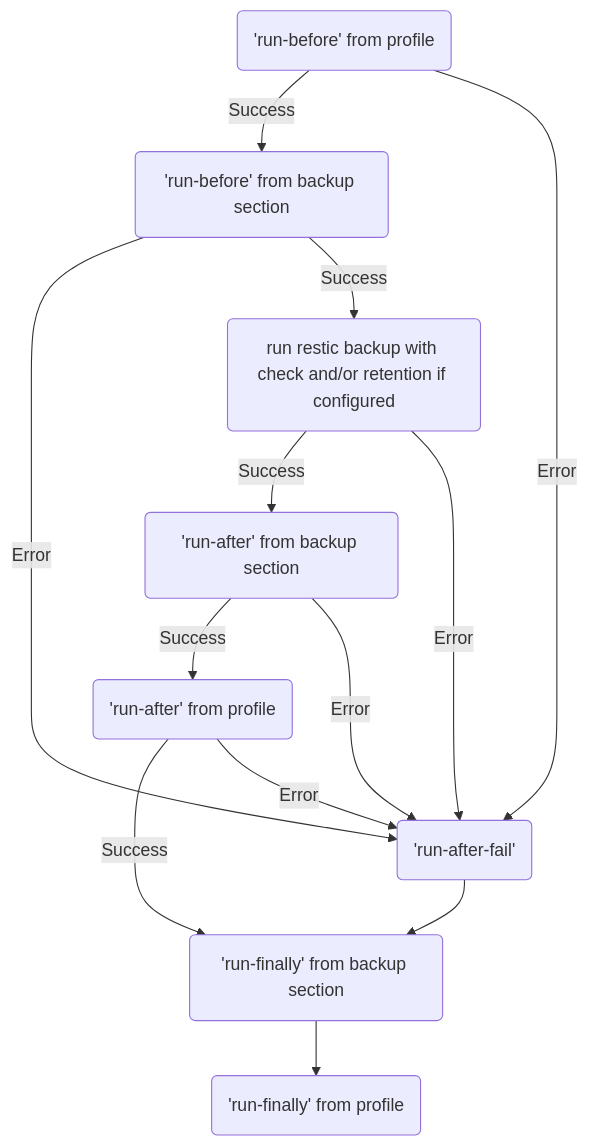
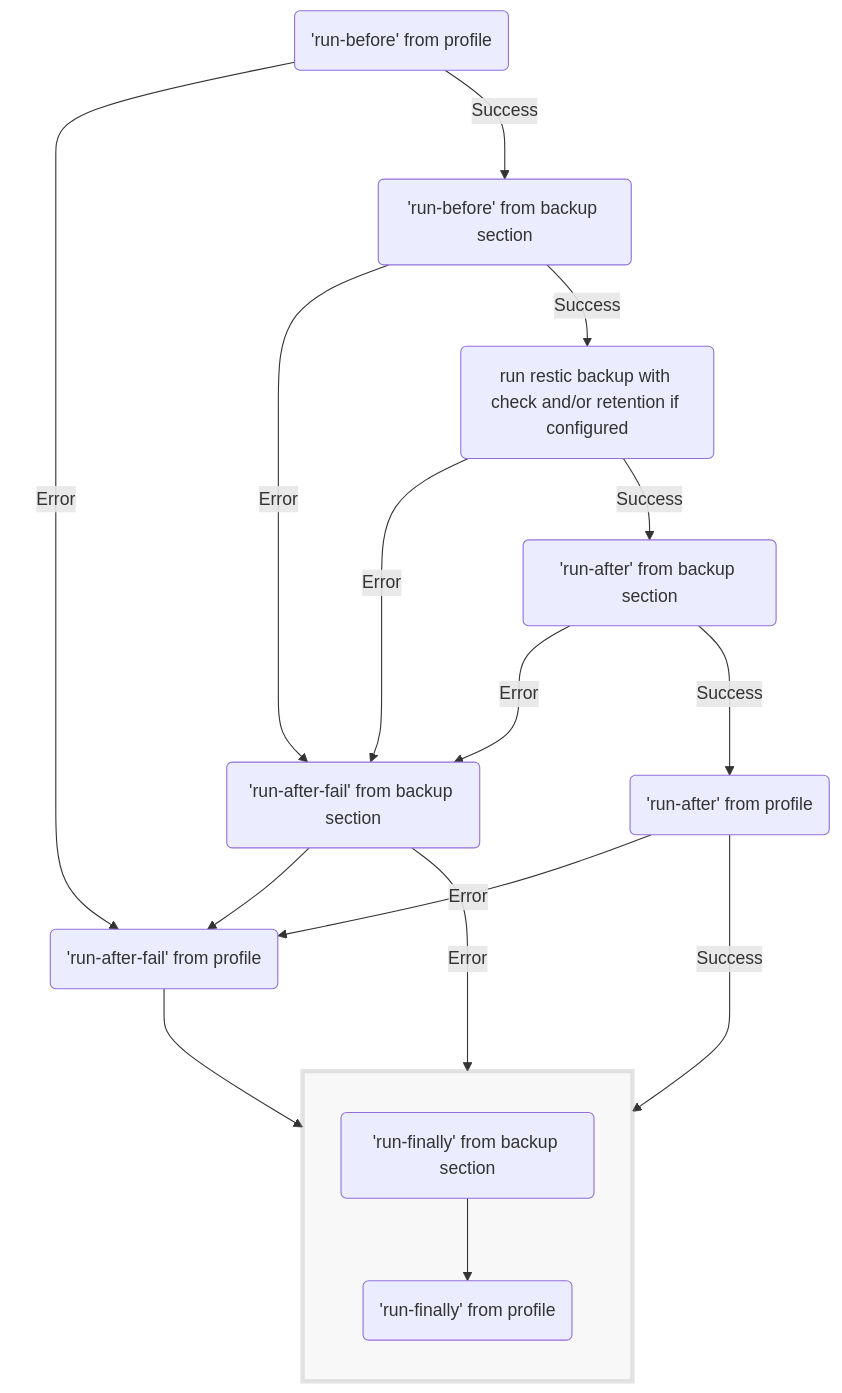
Before and after one commit to creativeprojects/resticprofile: the diagram in run-flow.md, drawn with Mermaid. The commit also changed 9 other files, not shown here.

First line of the commit message:
Config: Add run before/after/fail to more restic commands than backup (#138)

````diff
--- a/run-flow.md
+++ b/run-flow.md
@@ -2,19 +2,46 @@
 ```mermaid
-graph TD
-    PRB('run-before' from profile) -->|Success| BRB('run-before' from backup section)
-    PRB -->|Error| FAIL('run-after-fail')
-    BRB -->|Error| FAIL('run-after-fail')
-    BRB -->|Success| RUN(run restic backup with check and/or retention if configured)
+flowchart TB
+    PRB('run-before' from profile)
+    PRA('run-after' from profile)
+
+    subgraph Backup [ ]
+        BRB('run-before' from backup section)
+        BRA('run-after' from backup section)
+        RUN(run restic backup with check and/or retention if configured)
+    end
+
+    subgraph Failure [ ]
+        BFAIL('run-after-fail' from backup section)
+        PFAIL('run-after-fail' from profile)
+    end
+
+    subgraph Finally [ ]
+        direction TB
+        BRF('run-finally' from backup section)
+        PRF('run-finally' from profile)
+        BRF --> PRF
+    end
+
+    PRB -->|Error| PFAIL
+    PRB -->|Success| BRB
+
+    BRB -->|Error| BFAIL
+    BRB -->|Success| RUN
+
+    RUN -->|Error| BFAIL
     RUN -->|Success| BRA
-    RUN -->|Error| FAIL('run-after-fail')
-    BRA('run-after' from backup section)
+
+    BRA -->|Error| BFAIL
     BRA -->|Success| PRA
-    BRA -->|Error| FAIL('run-after-fail')
-    PRA('run-after' from profile)
-    PRA -->|Success| BRF
-    PRA -->|Error| FAIL('run-after-fail')
-    BRF('run-finally' from backup section)
-    BRF --> PRF
-    PRF('run-finally' from profile)
-    FAIL --> BRF
+
+    BFAIL -->|Error| Finally
+    BFAIL --> PFAIL
+
+    PRA -->|Error| PFAIL
+    PRA -->|Success| Finally
+    PFAIL --> Finally
+
+    style Backup fill:#9990,stroke:#9990
+    style Failure fill:#9990,stroke:#9990
+    style Finally fill:#9991,stroke:#9994,stroke-width:4px
 ```
````
